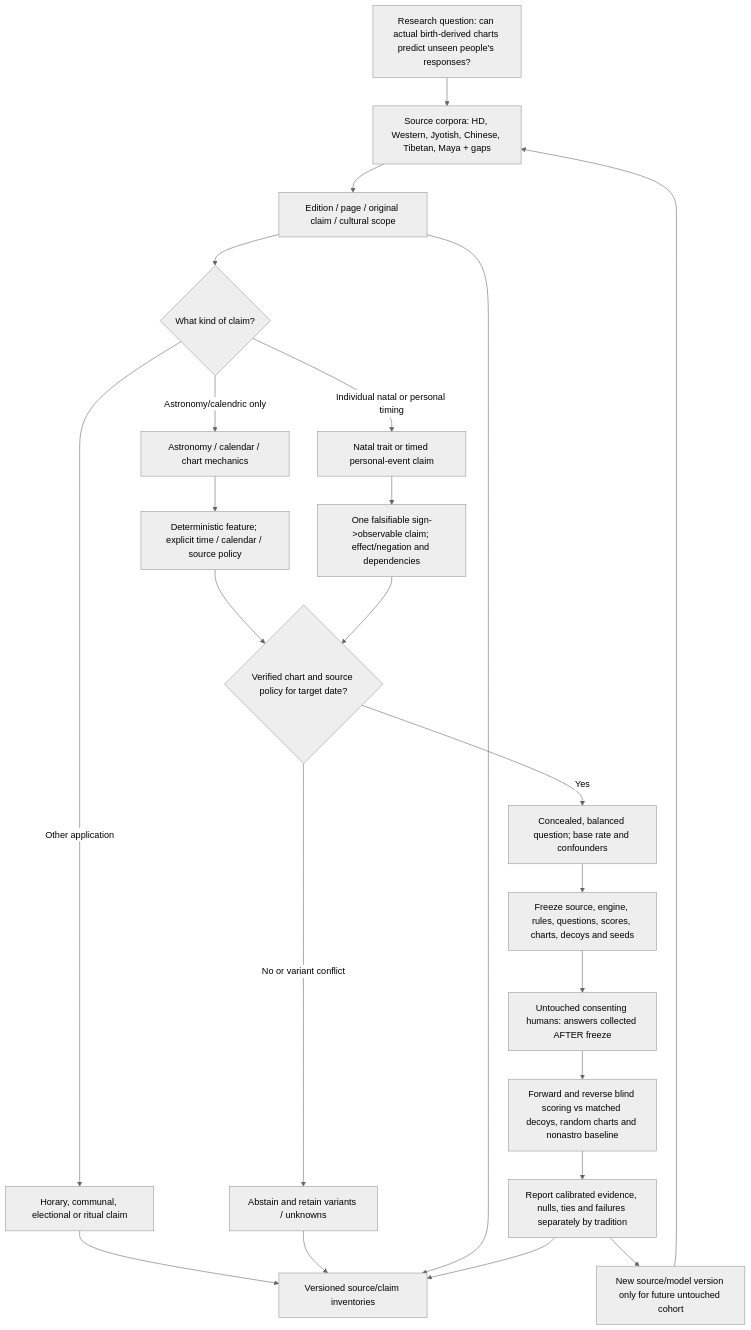
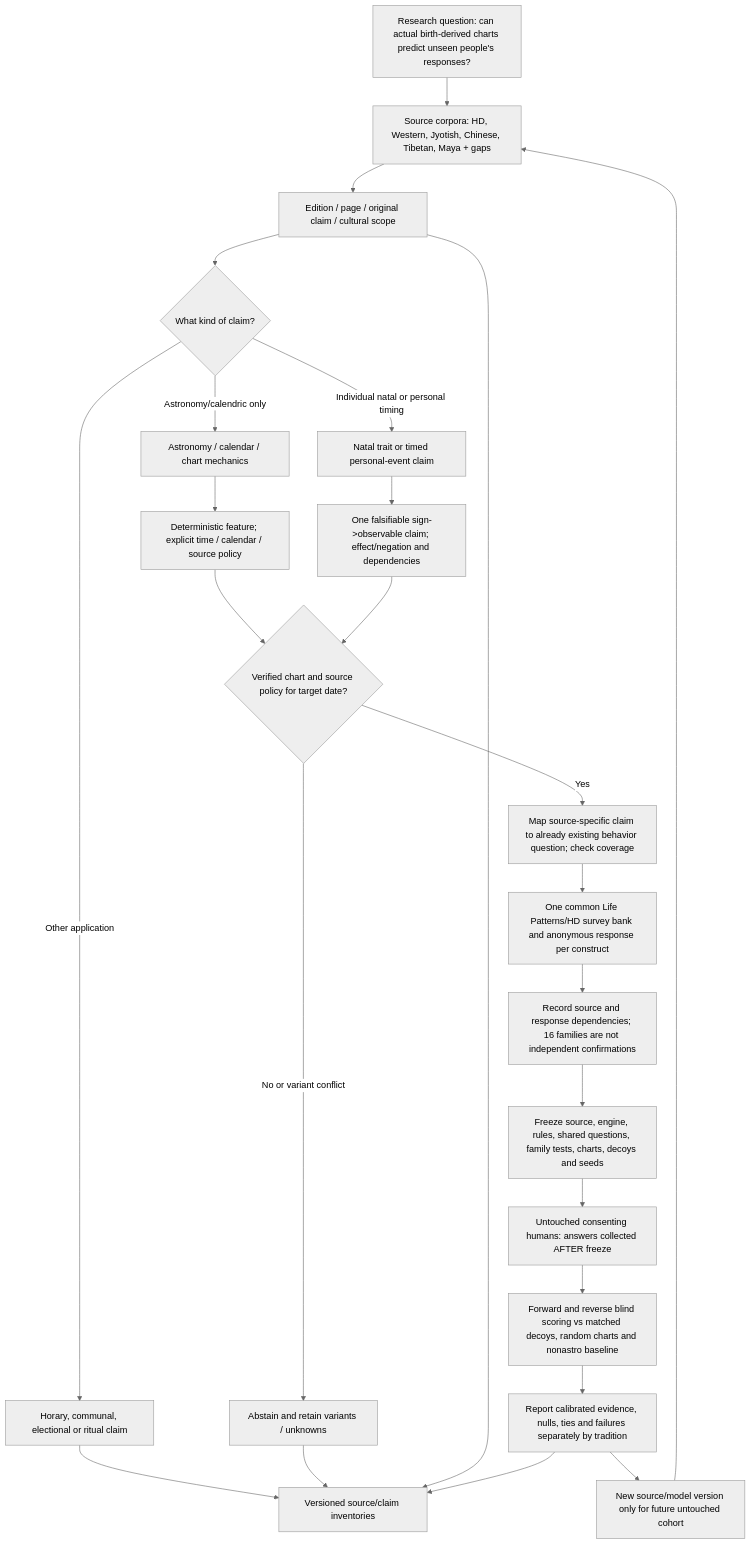
One commit to u-dont-existDOTcom/humandesign changed the diagram in docs/astrology-research-map/WORKFLOW.mmd. Above: the diagram before and after it, drawn with Mermaid (neutral theme). The commit also changed 20 other files, not shown here.

Commit message:
Integrate Maya source claims with existing shared astrology survey

```diff
--- a/docs/astrology-research-map/WORKFLOW.mmd
+++ b/docs/astrology-research-map/WORKFLOW.mmd
@@ -1,34 +1,36 @@
 flowchart TD
   OWNER["Research question: can actual birth-derived charts predict unseen people's responses?"]
   SOURCES["Source corpora: HD, Western, Jyotish, Chinese, Tibetan, Maya + gaps"]
   WITNESS["Edition / page / original claim / cultural scope"]
   KIND{"What kind of claim?"}
   ASTR["Astronomy / calendar / chart mechanics"]
   NATAL["Natal trait or timed personal-event claim"]
   OTHER["Horary, communal, electional or ritual claim"]
   FEATURE["Deterministic feature; explicit time / calendar / source policy"]
   PRED["One falsifiable sign->observable claim; effect/negation and dependencies"]
   TIME{"Verified chart and source policy for target date?"}
   ABSTAIN["Abstain and retain variants / unknowns"]
-  QUESTION["Concealed, balanced question; base rate and confounders"]
-  FREEZE["Freeze source, engine, rules, questions, scores, charts, decoys and seeds"]
+  QUESTION["Map source-specific claim to already existing behavior question; check coverage"]
+  SHARED["One common Life Patterns/HD survey bank and anonymous response per construct"]
+  OVERLAP["Record source and response dependencies; 16 families are not independent confirmations"]
+  FREEZE["Freeze source, engine, rules, shared questions, family tests, charts, decoys and seeds"]
   REAL["Untouched consenting humans: answers collected AFTER freeze"]
   SCORE["Forward and reverse blind scoring vs matched decoys, random charts and nonastro baseline"]
   RESULT["Report calibrated evidence, nulls, ties and failures separately by tradition"]
   NEXT["New source/model version only for future untouched cohort"]
   CORPUS["Versioned source/claim inventories"]
   OWNER --> SOURCES --> WITNESS --> KIND
   KIND -- "Astronomy/calendric only" --> ASTR
   KIND -- "Individual natal or personal timing" --> NATAL
   KIND -- "Other application" --> OTHER
   ASTR --> FEATURE
   NATAL --> PRED
   OTHER --> CORPUS
   FEATURE --> TIME
   PRED --> TIME
   TIME -- "No or variant conflict" --> ABSTAIN
-  TIME -- "Yes" --> QUESTION --> FREEZE --> REAL --> SCORE --> RESULT
+  TIME -- "Yes" --> QUESTION --> SHARED --> OVERLAP --> FREEZE --> REAL --> SCORE --> RESULT
   ABSTAIN --> CORPUS
   WITNESS --> CORPUS
   RESULT --> CORPUS
   RESULT --> NEXT --> SOURCES
```
